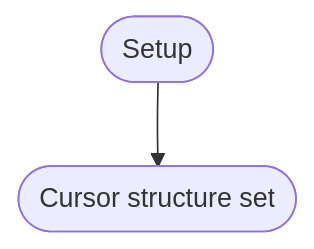
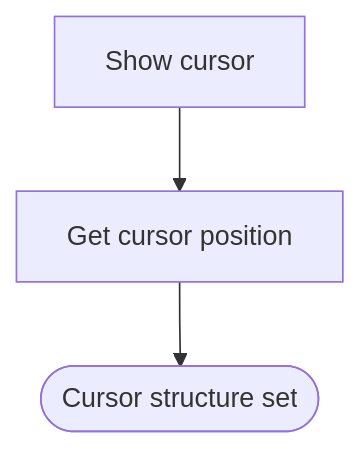
One commit to facooya/fayos changed the fourth of 12 diagrams in docs/drv/vga.md. Above: the diagram before and after it, drawn with Mermaid. The commit also changed other lines of this file and 4 other files, not shown here.

First line of the commit message:
feat(vga): Add cursor show and hide

````diff
--- a/docs/drv/vga.md
+++ b/docs/drv/vga.md
@@ -170,4 +181,4 @@
 ```mermaid
 graph TD
-Start([Setup]) --> End([Cursor structure set])
+A[Show cursor] --> B[Get cursor position] --> End([Cursor structure set])
 ```
````
